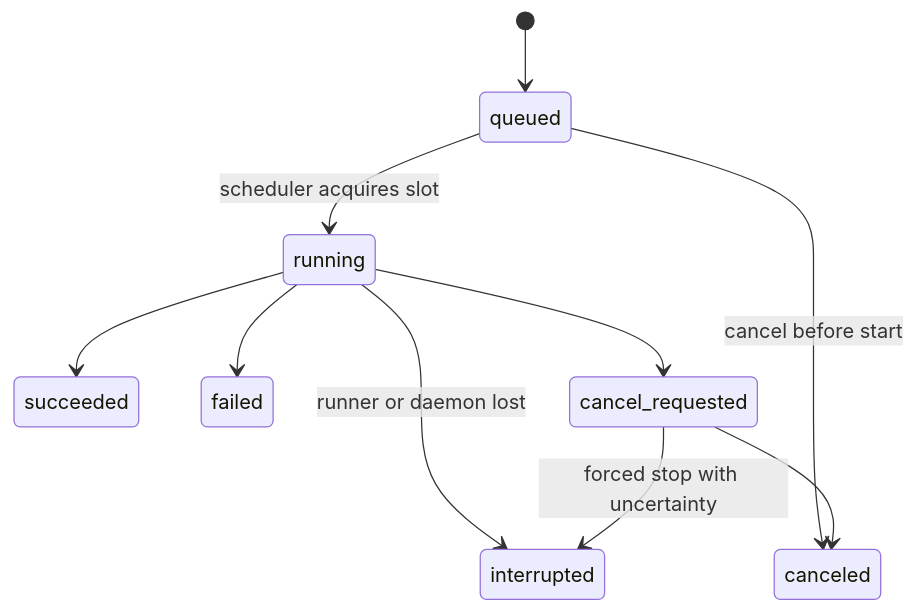
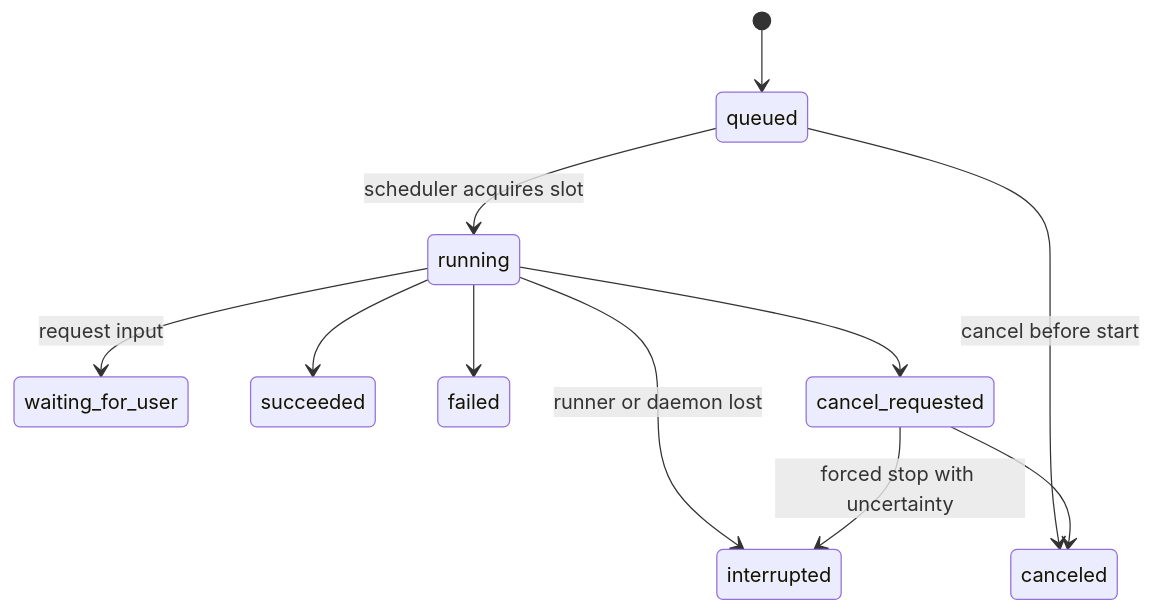
One commit to seraphimlc/agent-workbench changed the third of 3 diagrams in docs/superpowers/specs/2026-07-13-agent-workbench-foundation-design.md. Above: the diagram before and after it, drawn with Mermaid. The commit also changed other lines of this file, not shown here.

````diff
--- a/docs/superpowers/specs/2026-07-13-agent-workbench-foundation-design.md
+++ b/docs/superpowers/specs/2026-07-13-agent-workbench-foundation-design.md
@@ -878,12 +944,13 @@
 ```mermaid
 stateDiagram-v2
     [*] --> queued
     queued --> running: scheduler acquires slot
     queued --> canceled: cancel before start
+    running --> waiting_for_user: request input
     running --> succeeded
     running --> failed
     running --> cancel_requested
     running --> interrupted: runner or daemon lost
     cancel_requested --> canceled
     cancel_requested --> interrupted: forced stop with uncertainty
 ```
````
